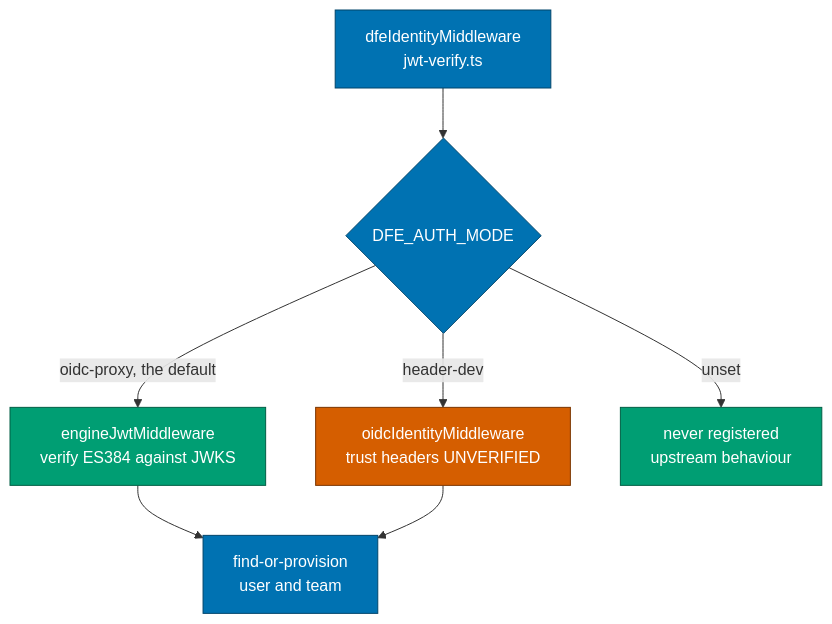
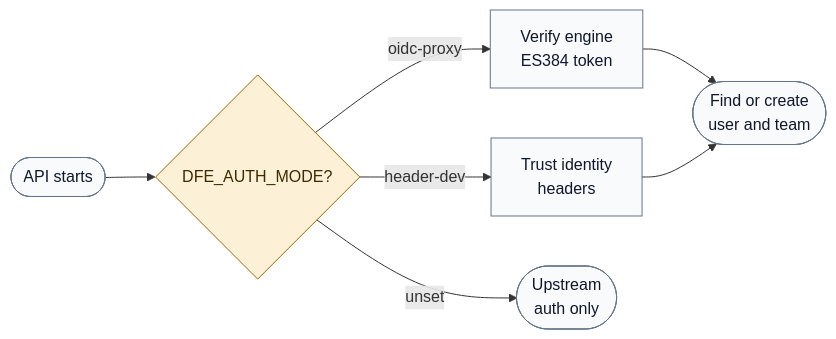
Before and after one commit to hyperi-io/dfe-hyperdx: the second of 2 diagrams in docs/architecture/oidc-authentication.md, drawn with Mermaid. The commit also changed other lines of this file and 24 other files, not shown here.

First line of the commit message:
docs(hyperdx): fix claims and redraw the fork docs diagrams

````diff
--- a/docs/architecture/oidc-authentication.md
+++ b/docs/architecture/oidc-authentication.md
@@ -57,17 +71,23 @@
 ```mermaid
-flowchart TB
-    entry["dfeIdentityMiddleware<br/>jwt-verify.ts"] --> mode{"DFE_AUTH_MODE"}
-    mode -->|oidc-proxy, the default| jwt["engineJwtMiddleware<br/>verify ES384 against JWKS"]
-    mode -->|header-dev| hdr["oidcIdentityMiddleware<br/>trust headers UNVERIFIED"]
-    mode -->|unset| off["never registered<br/>upstream behaviour"]
+flowchart LR
+    accTitle: L4 Detail -- Identity mode
+    accDescr: At start the API reads DFE_AUTH_MODE. oidc-proxy verifies the engine token, header-dev trusts identity headers unverified, and unset leaves upstream auth alone. Both DFE paths find or create the user and team.
 
-    jwt --> resolve["find-or-provision<br/>user and team"]
+    start(["API starts"])
+    mode{"DFE_AUTH_MODE?"}
+    jwt["Verify engine<br/>ES384 token"]
+    hdr["Trust identity<br/>headers"]
+    off(["Upstream<br/>auth only"])
+    resolve(["Find or create<br/>user and team"])
+
+    start --> mode
+    mode -->|oidc-proxy| jwt
+    mode -->|header-dev| hdr
+    mode -->|unset| off
+    jwt --> resolve
     hdr --> resolve
 
-    classDef safe fill:#009E73,stroke:#005f45,color:#ffffff
-    classDef danger fill:#D55E00,stroke:#7a3500,color:#ffffff
-    classDef neutral fill:#0072B2,stroke:#00456b,color:#ffffff
-    class jwt,off safe
-    class hdr danger
-    class entry,mode,resolve neutral
+    classDef default fill:#F8FAFC,stroke:#64748B,stroke-width:1px,color:#0F172A
+    classDef decision fill:#FCF1D6,stroke:#9A6700,stroke-width:1px,color:#3D2A00
+    class mode decision
 ```
````
